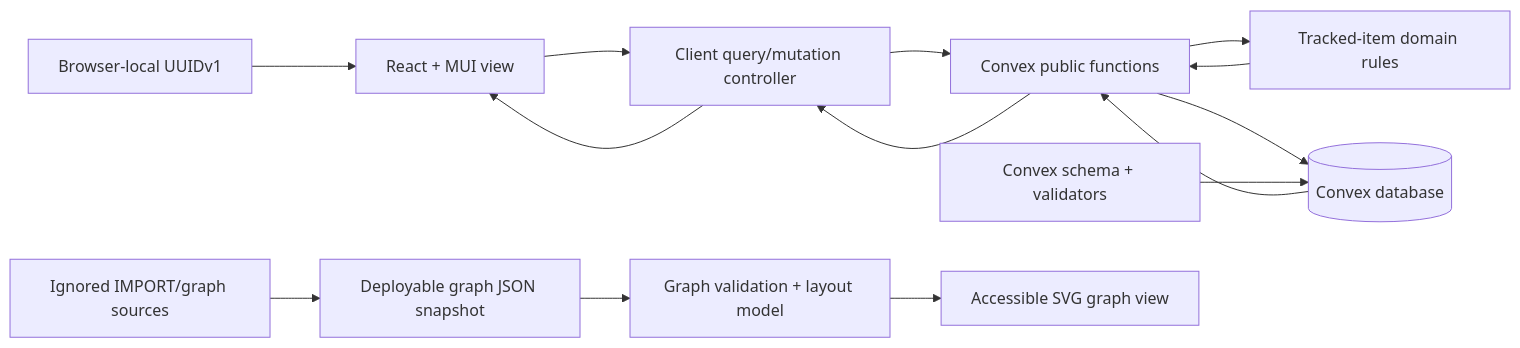
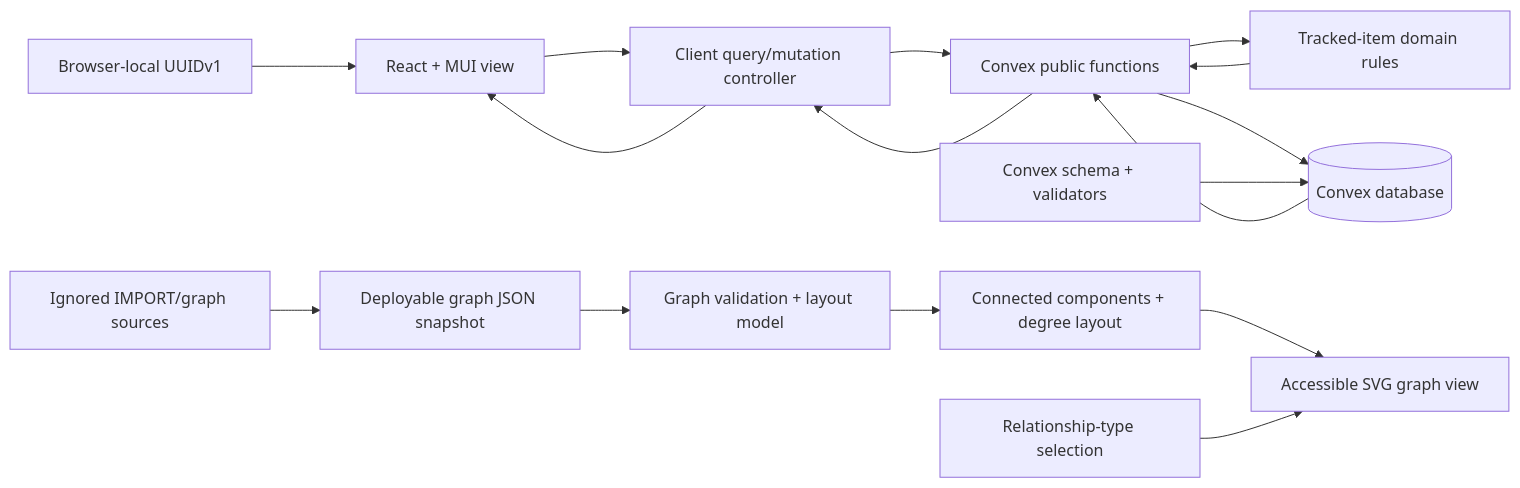
One commit to johnpfeiffer/myrss changed the first of 2 diagrams in architecture.md. Above: the diagram before and after it, drawn with Mermaid. The commit also changed other lines of this file and 7 other files, not shown here.

Commit message:
improve entity graph visualization to better show size/connection and select/deselect edges

````diff
--- a/architecture.md
+++ b/architecture.md
@@ -11,14 +11,16 @@
 ```mermaid
 flowchart LR
     Browser["Browser-local UUIDv1"] --> View["React + MUI view"]
     View --> Controller["Client query/mutation controller"]
     Controller --> API["Convex public functions"]
     API --> Domain["Tracked-item domain rules"]
     API --> DB[("Convex database")]
     Schema["Convex schema + validators"] --> DB
     Domain --> API
     DB --> API --> Controller --> View
     Import["Ignored IMPORT/graph sources"] --> Snapshot["Deployable graph JSON snapshot"]
     Snapshot --> GraphDomain["Graph validation + layout model"]
-    GraphDomain --> GraphView["Accessible SVG graph view"]
+    GraphDomain --> Layout["Connected components + degree layout"]
+    Layout --> GraphView["Accessible SVG graph view"]
+    Filters["Relationship-type selection"] --> GraphView
 ```
````
